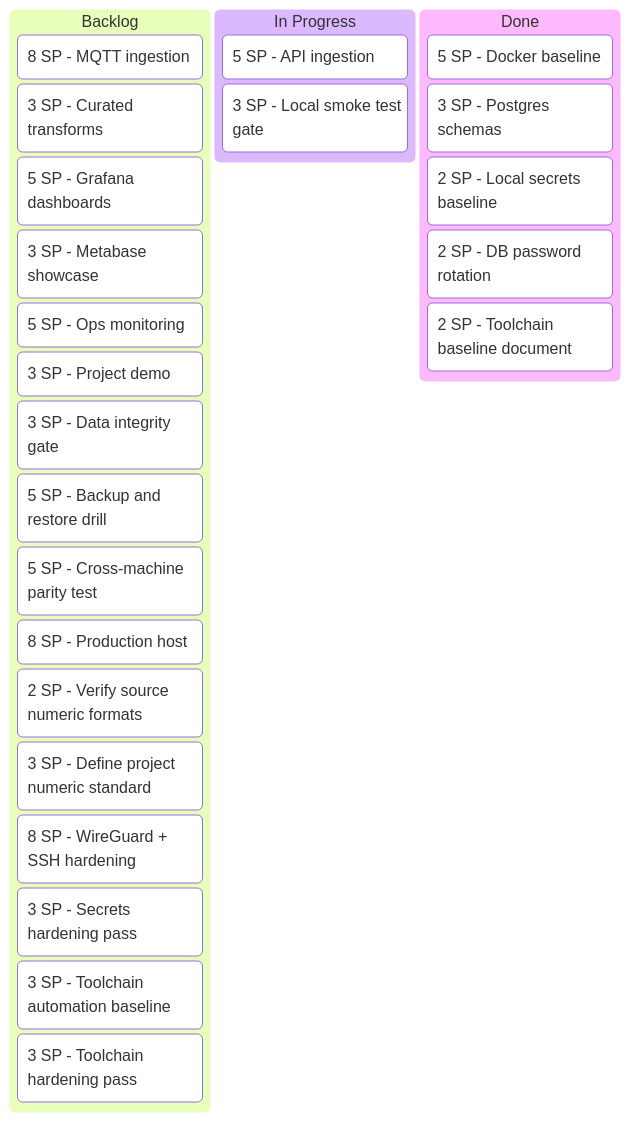
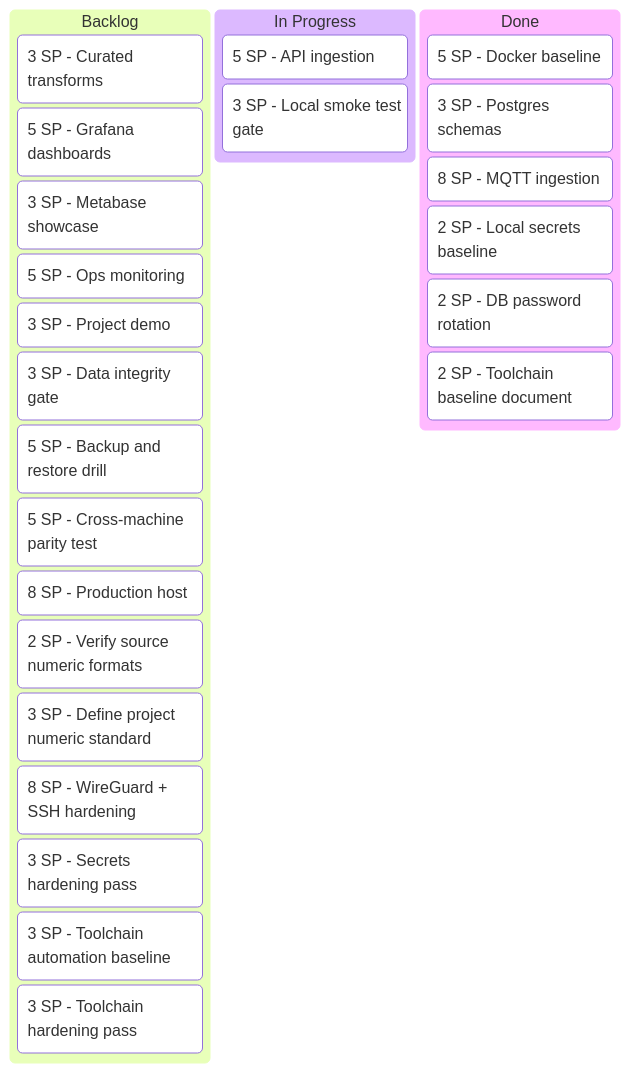
Before and after one commit to EnTekLasse/commons-anchor: the diagram in docs/architecture/diagrams/project-kanban.mmd, drawn with Mermaid. The commit also changed other lines of this file and 4 other files, not shown here.

Commit message:
docs: add progress reminder and sync roadmap status

```diff
--- a/docs/architecture/diagrams/project-kanban.mmd
+++ b/docs/architecture/diagrams/project-kanban.mmd
@@ -1,50 +1,50 @@
 %% AUTO-GENERATED FROM docs/architecture/diagram-model.json
 kanban
   Backlog
-    [8 SP - MQTT ingestion]
-
     [3 SP - Curated transforms]
 
     [5 SP - Grafana dashboards]
 
     [3 SP - Metabase showcase]
 
     [5 SP - Ops monitoring]
 
     [3 SP - Project demo]
 
     [3 SP - Data integrity gate]
 
     [5 SP - Backup and restore drill]
 
     [5 SP - Cross-machine parity test]
 
     [8 SP - Production host]
 
     [2 SP - Verify source numeric formats]
 
     [3 SP - Define project numeric standard]
 
     [8 SP - WireGuard + SSH hardening]
 
     [3 SP - Secrets hardening pass]
 
     [3 SP - Toolchain automation baseline]
 
     [3 SP - Toolchain hardening pass]
 
   [In Progress]
     [5 SP - API ingestion]
 
     [3 SP - Local smoke test gate]
 
   Done
     [5 SP - Docker baseline]
 
     [3 SP - Postgres schemas]
 
+    [8 SP - MQTT ingestion]
+
     [2 SP - Local secrets baseline]
 
     [2 SP - DB password rotation]
 
     [2 SP - Toolchain baseline document]
```
